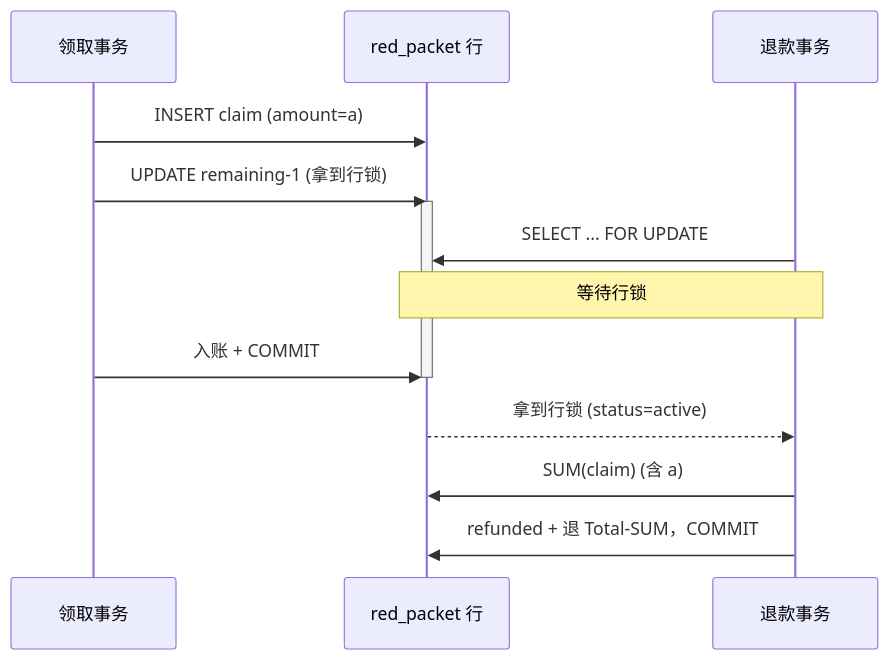
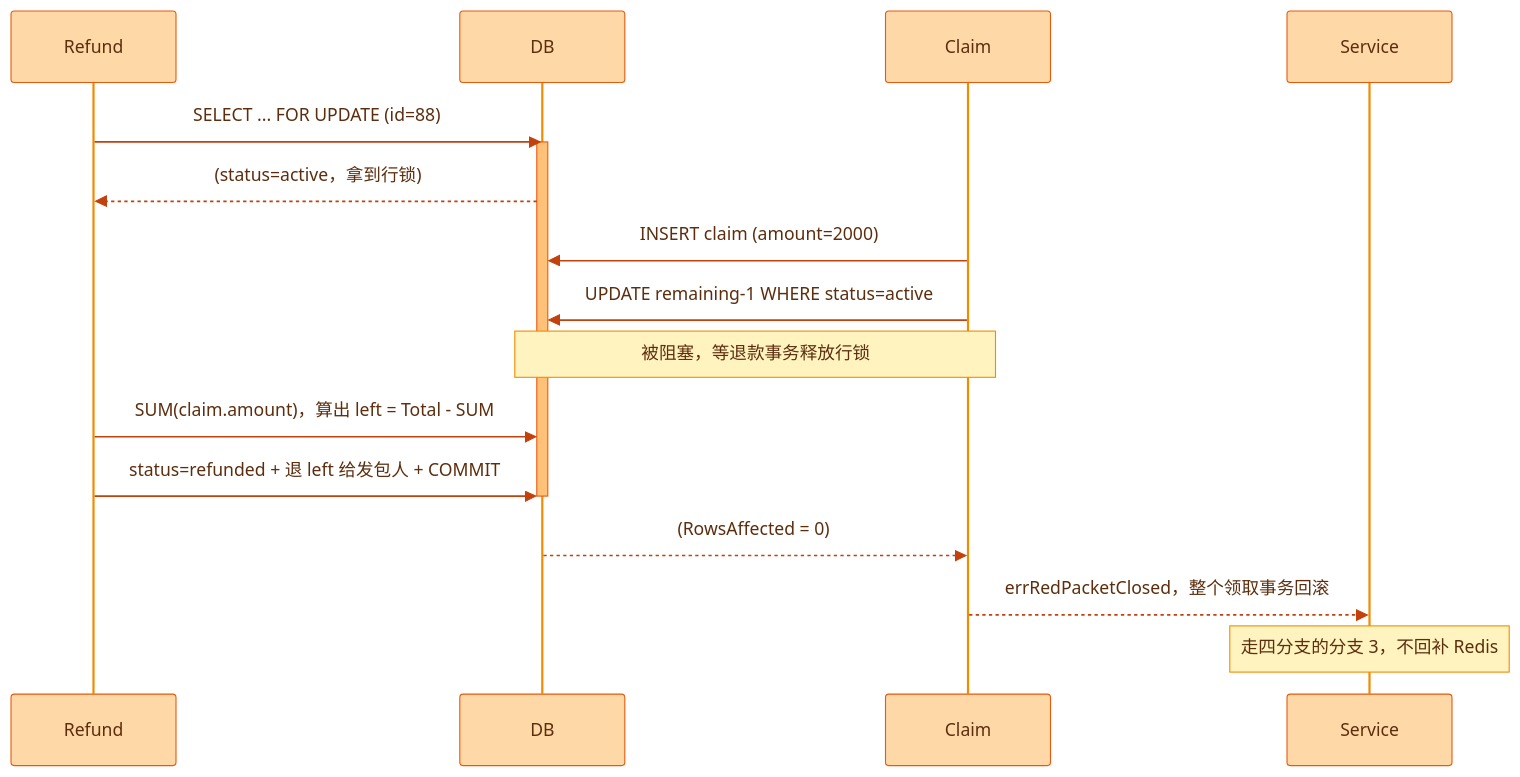
Before and after one commit to RedInn7/gomall: diagram 20 of 30 in docs/lecture/18-redpacket.md, drawn with Mermaid. The commit also changed other lines of this file and 2 other files, not shown here.

````diff
--- a/docs/lecture/18-redpacket.md
+++ b/docs/lecture/18-redpacket.md
@@ -387,17 +698,21 @@
 ```mermaid
+%%{init: {'theme':'base','themeVariables':{'fontFamily':'PingFang SC, Microsoft YaHei, sans-serif','background':'#FFFBF5','primaryColor':'#FFE8CC','primaryBorderColor':'#E8590C','primaryTextColor':'#5C2E0E','secondaryColor':'#FFF4E6','tertiaryColor':'#FFF9F0','lineColor':'#D9480F','textColor':'#5C2E0E','clusterBkg':'#FFF9F0','clusterBorder':'#F08C00','edgeLabelBackground':'#FFF4E6','actorBkg':'#FFD8A8','actorBorder':'#E8590C','actorTextColor':'#5C2E0E','actorLineColor':'#F08C00','signalColor':'#C2410C','signalTextColor':'#5C2E0E','noteBkgColor':'#FFF3BF','noteBorderColor':'#F08C00','noteTextColor':'#5C2E0E','activationBkgColor':'#FFC078','activationBorderColor':'#E8590C','labelBoxBkgColor':'#FFE8CC','labelBoxBorderColor':'#E8590C','labelTextColor':'#5C2E0E','loopTextColor':'#5C2E0E'}}}%%
 sequenceDiagram
-    participant Claim as 领取事务
-    participant DB as red_packet 行
-    participant Refund as 退款事务
+    participant Refund
+    participant DB
+    participant Claim
+    participant Service
 
-    Claim->>DB: INSERT claim (amount=a)
-    Claim->>DB: UPDATE remaining-1 (拿到行锁)
+    Refund->>DB: SELECT ... FOR UPDATE (id=88)
     activate DB
-    Refund->>DB: SELECT ... FOR UPDATE
-    Note over Refund,DB: 等待行锁
-    Claim->>DB: 入账 + COMMIT
+    DB-->>Refund: (status=active，拿到行锁)
+    Claim->>DB: INSERT claim (amount=2000)
+    Claim->>DB: UPDATE remaining-1 WHERE status=active
+    Note over Claim,DB: 被阻塞，等退款事务释放行锁
+    Refund->>DB: SUM(claim.amount)，算出 left = Total - SUM
+    Refund->>DB: status=refunded + 退 left 给发包人 + COMMIT
     deactivate DB
-    DB-->>Refund: 拿到行锁 (status=active)
-    Refund->>DB: SUM(claim) (含 a)
-    Refund->>DB: refunded + 退 Total-SUM，COMMIT
+    DB-->>Claim: (RowsAffected = 0)
+    Claim-->>Service: errRedPacketClosed，整个领取事务回滚
+    Note over Service: 走四分支的分支 3，不回补 Redis
 ```
````
